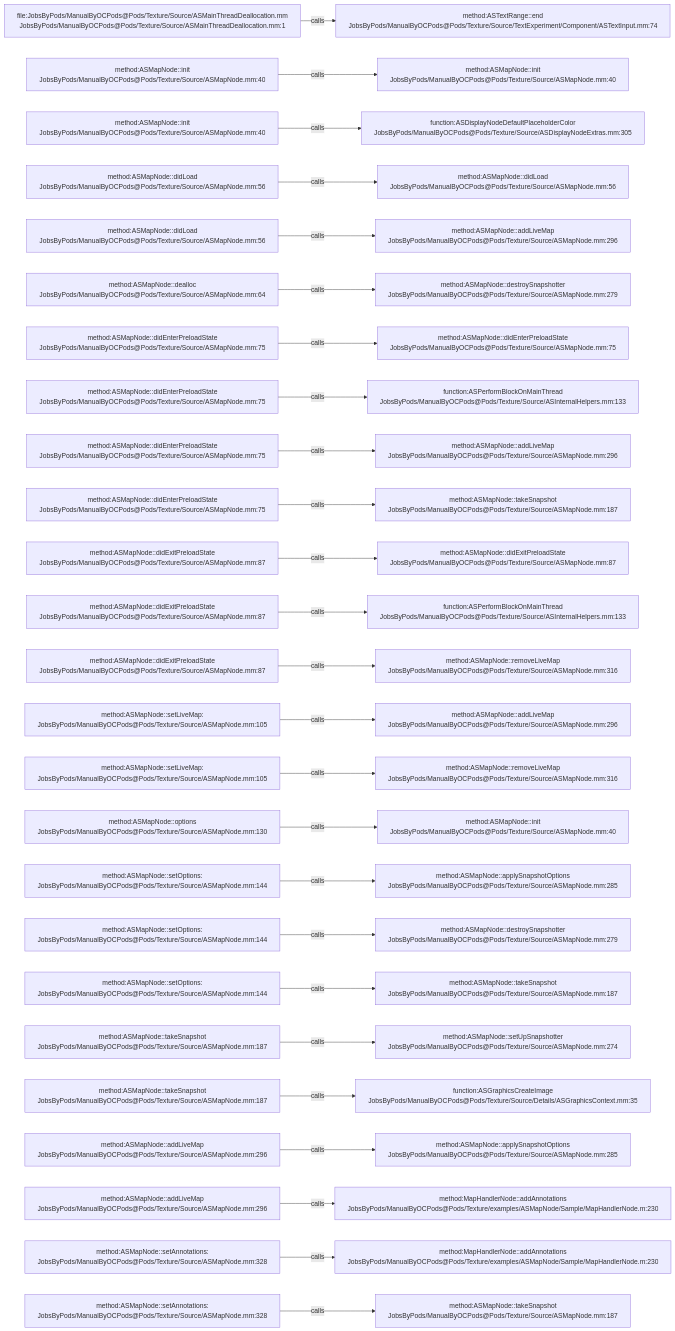
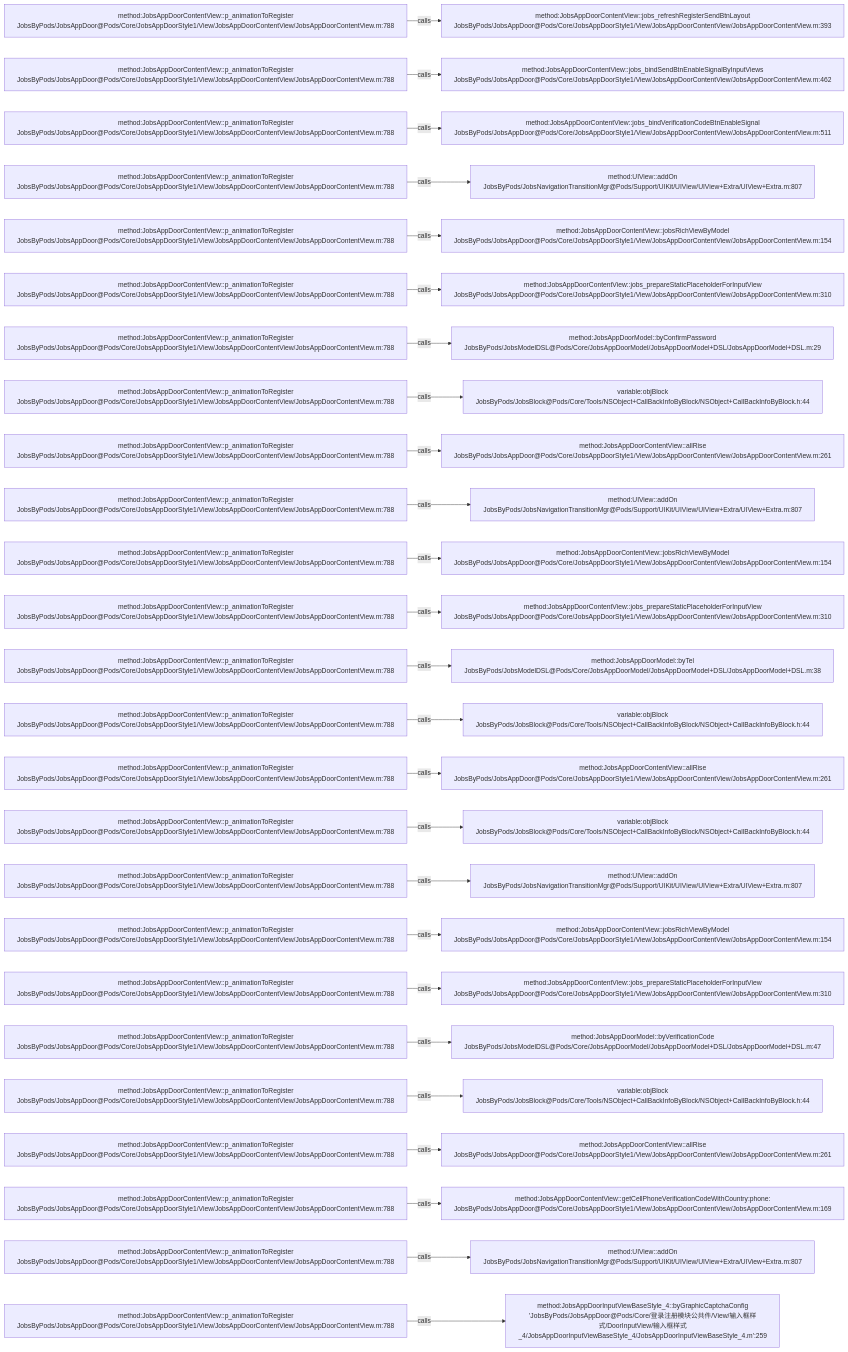
The diagram in .codegraph/codegraph.md/graphs/calls-098.md (JobsKits/JobsOCBaseConfigDemo), drawn with Mermaid before and after one commit. The commit also changed 768 other files, not shown here.

````diff
--- a/.codegraph/codegraph.md/graphs/calls-098.md
+++ b/.codegraph/codegraph.md/graphs/calls-098.md
@@ -13,78 +13,78 @@
 ```mermaid
 flowchart LR
-  S1["file:JobsByPods/ManualByOCPods@Pods/Texture/Source/ASMainThreadDeallocation.mm<br/>JobsByPods/ManualByOCPods@Pods/Texture/Source/ASMainThreadDeallocation.mm:1"]
-  T1["method:ASTextRange::end<br/>JobsByPods/ManualByOCPods@Pods/Texture/Source/TextExperiment/Component/ASTextInput.mm:74"]
+  S1["method:JobsAppDoorContentView::p_animationToRegister<br/>JobsByPods/JobsAppDoor@Pods/Core/JobsAppDoorStyle1/View/JobsAppDoorContentView/JobsAppDoorContentView.m:788"]
+  T1["method:JobsAppDoorContentView::jobs_refreshRegisterSendBtnLayout<br/>JobsByPods/JobsAppDoor@Pods/Core/JobsAppDoorStyle1/View/JobsAppDoorContentView/JobsAppDoorContentView.m:393"]
   S1 -->|calls| T1
-  S2["method:ASMapNode::init<br/>JobsByPods/ManualByOCPods@Pods/Texture/Source/ASMapNode.mm:40"]
-  T2["method:ASMapNode::init<br/>JobsByPods/ManualByOCPods@Pods/Texture/Source/ASMapNode.mm:40"]
+  S2["method:JobsAppDoorContentView::p_animationToRegister<br/>JobsByPods/JobsAppDoor@Pods/Core/JobsAppDoorStyle1/View/JobsAppDoorContentView/JobsAppDoorContentView.m:788"]
+  T2["method:JobsAppDoorContentView::jobs_bindSendBtnEnableSignalByInputViews<br/>JobsByPods/JobsAppDoor@Pods/Core/JobsAppDoorStyle1/View/JobsAppDoorContentView/JobsAppDoorContentView.m:462"]
   S2 -->|calls| T2
-  S3["method:ASMapNode::init<br/>JobsByPods/ManualByOCPods@Pods/Texture/Source/ASMapNode.mm:40"]
-  T3["function:ASDisplayNodeDefaultPlaceholderColor<br/>JobsByPods/ManualByOCPods@Pods/Texture/Source/ASDisplayNodeExtras.mm:305"]
+  S3["method:JobsAppDoorContentView::p_animationToRegister<br/>JobsByPods/JobsAppDoor@Pods/Core/JobsAppDoorStyle1/View/JobsAppDoorContentView/JobsAppDoorContentView.m:788"]
+  T3["method:JobsAppDoorContentView::jobs_bindVerificationCodeBtnEnableSignal<br/>JobsByPods/JobsAppDoor@Pods/Core/JobsAppDoorStyle1/View/JobsAppDoorContentView/JobsAppDoorContentView.m:511"]
   S3 -->|calls| T3
-  S4["method:ASMapNode::didLoad<br/>JobsByPods/ManualByOCPods@Pods/Texture/Source/ASMapNode.mm:56"]
-  T4["method:ASMapNode::didLoad<br/>JobsByPods/ManualByOCPods@Pods/Texture/Source/ASMapNode.mm:56"]
+  S4["method:JobsAppDoorContentView::p_animationToRegister<br/>JobsByPods/JobsAppDoor@Pods/Core/JobsAppDoorStyle1/View/JobsAppDoorContentView/JobsAppDoorContentView.m:788"]
+  T4["method:UIView::addOn<br/>JobsByPods/JobsNavigationTransitionMgr@Pods/Support/UIKit/UIView/UIView+Extra/UIView+Extra.m:807"]
   S4 -->|calls| T4
-  S5["method:ASMapNode::didLoad<br/>JobsByPods/ManualByOCPods@Pods/Texture/Source/ASMapNode.mm:56"]
-  T5["method:ASMapNode::addLiveMap<br/>JobsByPods/ManualByOCPods@Pods/Texture/Source/ASMapNode.mm:296"]
+  S5["method:JobsAppDoorContentView::p_animationToRegister<br/>JobsByPods/JobsAppDoor@Pods/Core/JobsAppDoorStyle1/View/JobsAppDoorContentView/JobsAppDoorContentView.m:788"]
+  T5["method:JobsAppDoorContentView::jobsRichViewByModel<br/>JobsByPods/JobsAppDoor@Pods/Core/JobsAppDoorStyle1/View/JobsAppDoorContentView/JobsAppDoorContentView.m:154"]
   S5 -->|calls| T5
-  S6["method:ASMapNode::dealloc<br/>JobsByPods/ManualByOCPods@Pods/Texture/Source/ASMapNode.mm:64"]
-  T6["method:ASMapNode::destroySnapshotter<br/>JobsByPods/ManualByOCPods@Pods/Texture/Source/ASMapNode.mm:279"]
+  S6["method:JobsAppDoorContentView::p_animationToRegister<br/>JobsByPods/JobsAppDoor@Pods/Core/JobsAppDoorStyle1/View/JobsAppDoorContentView/JobsAppDoorContentView.m:788"]
+  T6["method:JobsAppDoorContentView::jobs_prepareStaticPlaceholderForInputView<br/>JobsByPods/JobsAppDoor@Pods/Core/JobsAppDoorStyle1/View/JobsAppDoorContentView/JobsAppDoorContentView.m:310"]
   S6 -->|calls| T6
-  S7["method:ASMapNode::didEnterPreloadState<br/>JobsByPods/ManualByOCPods@Pods/Texture/Source/ASMapNode.mm:75"]
-  T7["method:ASMapNode::didEnterPreloadState<br/>JobsByPods/ManualByOCPods@Pods/Texture/Source/ASMapNode.mm:75"]
+  S7["method:JobsAppDoorContentView::p_animationToRegister<br/>JobsByPods/JobsAppDoor@Pods/Core/JobsAppDoorStyle1/View/JobsAppDoorContentView/JobsAppDoorContentView.m:788"]
+  T7["method:JobsAppDoorModel::byConfirmPassword<br/>JobsByPods/JobsModelDSL@Pods/Core/JobsAppDoorModel/JobsAppDoorModel+DSL/JobsAppDoorModel+DSL.m:29"]
   S7 -->|calls| T7
-  S8["method:ASMapNode::didEnterPreloadState<br/>JobsByPods/ManualByOCPods@Pods/Texture/Source/ASMapNode.mm:75"]
-  T8["function:ASPerformBlockOnMainThread<br/>JobsByPods/ManualByOCPods@Pods/Texture/Source/ASInternalHelpers.mm:133"]
+  S8["method:JobsAppDoorContentView::p_animationToRegister<br/>JobsByPods/JobsAppDoor@Pods/Core/JobsAppDoorStyle1/View/JobsAppDoorContentView/JobsAppDoorContentView.m:788"]
+  T8["variable:objBlock<br/>JobsByPods/JobsBlock@Pods/Core/Tools/NSObject+CallBackInfoByBlock/NSObject+CallBackInfoByBlock.h:44"]
   S8 -->|calls| T8
-  S9["method:ASMapNode::didEnterPreloadState<br/>JobsByPods/ManualByOCPods@Pods/Texture/Source/ASMapNode.mm:75"]
-  T9["method:ASMapNode::addLiveMap<br/>JobsByPods/ManualByOCPods@Pods/Texture/Source/ASMapNode.mm:296"]
+  S9["method:JobsAppDoorContentView::p_animationToRegister<br/>JobsByPods/JobsAppDoor@Pods/Core/JobsAppDoorStyle1/View/JobsAppDoorContentView/JobsAppDoorContentView.m:788"]
+  T9["method:JobsAppDoorContentView::allRise<br/>JobsByPods/JobsAppDoor@Pods/Core/JobsAppDoorStyle1/View/JobsAppDoorContentView/JobsAppDoorContentView.m:261"]
   S9 -->|calls| T9
-  S10["method:ASMapNode::didEnterPreloadState<br/>JobsByPods/ManualByOCPods@Pods/Texture/Source/ASMapNode.mm:75"]
-  T10["method:ASMapNode::takeSnapshot<br/>JobsByPods/ManualByOCPods@Pods/Texture/Source/ASMapNode.mm:187"]
+  S10["method:JobsAppDoorContentView::p_animationToRegister<br/>JobsByPods/JobsAppDoor@Pods/Core/JobsAppDoorStyle1/View/JobsAppDoorContentView/JobsAppDoorContentView.m:788"]
+  T10["method:UIView::addOn<br/>JobsByPods/JobsNavigationTransitionMgr@Pods/Support/UIKit/UIView/UIView+Extra/UIView+Extra.m:807"]
   S10 -->|calls| T10
-  S11["method:ASMapNode::didExitPreloadState<br/>JobsByPods/ManualByOCPods@Pods/Texture/Source/ASMapNode.mm:87"]
-  T11["method:ASMapNode::didExitPreloadState<br/>JobsByPods/ManualByOCPods@Pods/Texture/Source/ASMapNode.mm:87"]
+  S11["method:JobsAppDoorContentView::p_animationToRegister<br/>JobsByPods/JobsAppDoor@Pods/Core/JobsAppDoorStyle1/View/JobsAppDoorContentView/JobsAppDoorContentView.m:788"]
+  T11["method:JobsAppDoorContentView::jobsRichViewByModel<br/>JobsByPods/JobsAppDoor@Pods/Core/JobsAppDoorStyle1/View/JobsAppDoorContentView/JobsAppDoorContentView.m:154"]
   S11 -->|calls| T11
-  S12["method:ASMapNode::didExitPreloadState<br/>JobsByPods/ManualByOCPods@Pods/Texture/Source/ASMapNode.mm:87"]
-  T12["function:ASPerformBlockOnMainThread<br/>JobsByPods/ManualByOCPods@Pods/Texture/Source/ASInternalHelpers.mm:133"]
+  S12["method:JobsAppDoorContentView::p_animationToRegister<br/>JobsByPods/JobsAppDoor@Pods/Core/JobsAppDoorStyle1/View/JobsAppDoorContentView/JobsAppDoorContentView.m:788"]
+  T12["method:JobsAppDoorContentView::jobs_prepareStaticPlaceholderForInputView<br/>JobsByPods/JobsAppDoor@Pods/Core/JobsAppDoorStyle1/View/JobsAppDoorContentView/JobsAppDoorContentView.m:310"]
   S12 -->|calls| T12
-  S13["method:ASMapNode::didExitPreloadState<br/>JobsByPods/ManualByOCPods@Pods/Texture/Source/ASMapNode.mm:87"]
-  T13["method:ASMapNode::removeLiveMap<br/>JobsByPods/ManualByOCPods@Pods/Texture/Source/ASMapNode.mm:316"]
+  S13["method:JobsAppDoorContentView::p_animationToRegister<br/>JobsByPods/JobsAppDoor@Pods/Core/JobsAppDoorStyle1/View/JobsAppDoorContentView/JobsAppDoorContentView.m:788"]
+  T13["method:JobsAppDoorModel::byTel<br/>JobsByPods/JobsModelDSL@Pods/Core/JobsAppDoorModel/JobsAppDoorModel+DSL/JobsAppDoorModel+DSL.m:38"]
   S13 -->|calls| T13
-  S14["method:ASMapNode::setLiveMap:<br/>JobsByPods/ManualByOCPods@Pods/Texture/Source/ASMapNode.mm:105"]
-  T14["method:ASMapNode::addLiveMap<br/>JobsByPods/ManualByOCPods@Pods/Texture/Source/ASMapNode.mm:296"]
+  S14["method:JobsAppDoorContentView::p_animationToRegister<br/>JobsByPods/JobsAppDoor@Pods/Core/JobsAppDoorStyle1/View/JobsAppDoorContentView/JobsAppDoorContentView.m:788"]
+  T14["variable:objBlock<br/>JobsByPods/JobsBlock@Pods/Core/Tools/NSObject+CallBackInfoByBlock/NSObject+CallBackInfoByBlock.h:44"]
   S14 -->|calls| T14
-  S15["method:ASMapNode::setLiveMap:<br/>JobsByPods/ManualByOCPods@Pods/Texture/Source/ASMapNode.mm:105"]
-  T15["method:ASMapNode::removeLiveMap<br/>JobsByPods/ManualByOCPods@Pods/Texture/Source/ASMapNode.mm:316"]
+  S15["method:JobsAppDoorContentView::p_animationToRegister<br/>JobsByPods/JobsAppDoor@Pods/Core/JobsAppDoorStyle1/View/JobsAppDoorContentView/JobsAppDoorContentView.m:788"]
+  T15["method:JobsAppDoorContentView::allRise<br/>JobsByPods/JobsAppDoor@Pods/Core/JobsAppDoorStyle1/View/JobsAppDoorContentView/JobsAppDoorContentView.m:261"]
   S15 -->|calls| T15
-  S16["method:ASMapNode::options<br/>JobsByPods/ManualByOCPods@Pods/Texture/Source/ASMapNode.mm:130"]
-  T16["method:ASMapNode::init<br/>JobsByPods/ManualByOCPods@Pods/Texture/Source/ASMapNode.mm:40"]
+  S16["method:JobsAppDoorContentView::p_animationToRegister<br/>JobsByPods/JobsAppDoor@Pods/Core/JobsAppDoorStyle1/View/JobsAppDoorContentView/JobsAppDoorContentView.m:788"]
+  T16["variable:objBlock<br/>JobsByPods/JobsBlock@Pods/Core/Tools/NSObject+CallBackInfoByBlock/NSObject+CallBackInfoByBlock.h:44"]
   S16 -->|calls| T16
-  S17["method:ASMapNode::setOptions:<br/>JobsByPods/ManualByOCPods@Pods/Texture/Source/ASMapNode.mm:144"]
-  T17["method:ASMapNode::applySnapshotOptions<br/>JobsByPods/ManualByOCPods@Pods/Texture/Source/ASMapNode.mm:285"]
+  S17["method:JobsAppDoorContentView::p_animationToRegister<br/>JobsByPods/JobsAppDoor@Pods/Core/JobsAppDoorStyle1/View/JobsAppDoorContentView/JobsAppDoorContentView.m:788"]
+  T17["method:UIView::addOn<br/>JobsByPods/JobsNavigationTransitionMgr@Pods/Support/UIKit/UIView/UIView+Extra/UIView+Extra.m:807"]
   S17 -->|calls| T17
-  S18["method:ASMapNode::setOptions:<br/>JobsByPods/ManualByOCPods@Pods/Texture/Source/ASMapNode.mm:144"]
-  T18["method:ASMapNode::destroySnapshotter<br/>JobsByPods/ManualByOCPods@Pods/Texture/Source/ASMapNode.mm:279"]
+  S18["method:JobsAppDoorContentView::p_animationToRegister<br/>JobsByPods/JobsAppDoor@Pods/Core/JobsAppDoorStyle1/View/JobsAppDoorContentView/JobsAppDoorContentView.m:788"]
+  T18["method:JobsAppDoorContentView::jobsRichViewByModel<br/>JobsByPods/JobsAppDoor@Pods/Core/JobsAppDoorStyle1/View/JobsAppDoorContentView/JobsAppDoorContentView.m:154"]
   S18 -->|calls| T18
-  S19["method:ASMapNode::setOptions:<br/>JobsByPods/ManualByOCPods@Pods/Texture/Source/ASMapNode.mm:144"]
-  T19["method:ASMapNode::takeSnapshot<br/>JobsByPods/ManualByOCPods@Pods/Texture/Source/ASMapNode.mm:187"]
+  S19["method:JobsAppDoorContentView::p_animationToRegister<br/>JobsByPods/JobsAppDoor@Pods/Core/JobsAppDoorStyle1/View/JobsAppDoorContentView/JobsAppDoorContentView.m:788"]
+  T19["method:JobsAppDoorContentView::jobs_prepareStaticPlaceholderForInputView<br/>JobsByPods/JobsAppDoor@Pods/Core/JobsAppDoorStyle1/View/JobsAppDoorContentView/JobsAppDoorContentView.m:310"]
   S19 -->|calls| T19
-  S20["method:ASMapNode::takeSnapshot<br/>JobsByPods/ManualByOCPods@Pods/Texture/Source/ASMapNode.mm:187"]
-  T20["method:ASMapNode::setUpSnapshotter<br/>JobsByPods/ManualByOCPods@Pods/Texture/Source/ASMapNode.mm:274"]
+  S20["method:JobsAppDoorContentView::p_animationToRegister<br/>JobsByPods/JobsAppDoor@Pods/Core/JobsAppDoorStyle1/View/JobsAppDoorContentView/JobsAppDoorContentView.m:788"]
+  T20["method:JobsAppDoorModel::byVerificationCode<br/>JobsByPods/JobsModelDSL@Pods/Core/JobsAppDoorModel/JobsAppDoorModel+DSL/JobsAppDoorModel+DSL.m:47"]
   S20 -->|calls| T20
-  S21["method:ASMapNode::takeSnapshot<br/>JobsByPods/ManualByOCPods@Pods/Texture/Source/ASMapNode.mm:187"]
-  T21["function:ASGraphicsCreateImage<br/>JobsByPods/ManualByOCPods@Pods/Texture/Source/Details/ASGraphicsContext.mm:35"]
+  S21["method:JobsAppDoorContentView::p_animationToRegister<br/>JobsByPods/JobsAppDoor@Pods/Core/JobsAppDoorStyle1/View/JobsAppDoorContentView/JobsAppDoorContentView.m:788"]
+  T21["variable:objBlock<br/>JobsByPods/JobsBlock@Pods/Core/Tools/NSObject+CallBackInfoByBlock/NSObject+CallBackInfoByBlock.h:44"]
   S21 -->|calls| T21
-  S22["method:ASMapNode::addLiveMap<br/>JobsByPods/ManualByOCPods@Pods/Texture/Source/ASMapNode.mm:296"]
-  T22["method:ASMapNode::applySnapshotOptions<br/>JobsByPods/ManualByOCPods@Pods/Texture/Source/ASMapNode.mm:285"]
+  S22["method:JobsAppDoorContentView::p_animationToRegister<br/>JobsByPods/JobsAppDoor@Pods/Core/JobsAppDoorStyle1/View/JobsAppDoorContentView/JobsAppDoorContentView.m:788"]
+  T22["method:JobsAppDoorContentView::allRise<br/>JobsByPods/JobsAppDoor@Pods/Core/JobsAppDoorStyle1/View/JobsAppDoorContentView/JobsAppDoorContentView.m:261"]
   S22 -->|calls| T22
-  S23["method:ASMapNode::addLiveMap<br/>JobsByPods/ManualByOCPods@Pods/Texture/Source/ASMapNode.mm:296"]
-  T23["method:MapHandlerNode::addAnnotations<br/>JobsByPods/ManualByOCPods@Pods/Texture/examples/ASMapNode/Sample/MapHandlerNode.m:230"]
+  S23["method:JobsAppDoorContentView::p_animationToRegister<br/>JobsByPods/JobsAppDoor@Pods/Core/JobsAppDoorStyle1/View/JobsAppDoorContentView/JobsAppDoorContentView.m:788"]
+  T23["method:JobsAppDoorContentView::getCellPhoneVerificationCodeWithCountry:phone:<br/>JobsByPods/JobsAppDoor@Pods/Core/JobsAppDoorStyle1/View/JobsAppDoorContentView/JobsAppDoorContentView.m:169"]
   S23 -->|calls| T23
-  S24["method:ASMapNode::setAnnotations:<br/>JobsByPods/ManualByOCPods@Pods/Texture/Source/ASMapNode.mm:328"]
-  T24["method:MapHandlerNode::addAnnotations<br/>JobsByPods/ManualByOCPods@Pods/Texture/examples/ASMapNode/Sample/MapHandlerNode.m:230"]
+  S24["method:JobsAppDoorContentView::p_animationToRegister<br/>JobsByPods/JobsAppDoor@Pods/Core/JobsAppDoorStyle1/View/JobsAppDoorContentView/JobsAppDoorContentView.m:788"]
+  T24["method:UIView::addOn<br/>JobsByPods/JobsNavigationTransitionMgr@Pods/Support/UIKit/UIView/UIView+Extra/UIView+Extra.m:807"]
   S24 -->|calls| T24
-  S25["method:ASMapNode::setAnnotations:<br/>JobsByPods/ManualByOCPods@Pods/Texture/Source/ASMapNode.mm:328"]
-  T25["method:ASMapNode::takeSnapshot<br/>JobsByPods/ManualByOCPods@Pods/Texture/Source/ASMapNode.mm:187"]
+  S25["method:JobsAppDoorContentView::p_animationToRegister<br/>JobsByPods/JobsAppDoor@Pods/Core/JobsAppDoorStyle1/View/JobsAppDoorContentView/JobsAppDoorContentView.m:788"]
+  T25["method:JobsAppDoorInputViewBaseStyle_4::byGraphicCaptchaConfig<br/>'JobsByPods/JobsAppDoor@Pods/Core/登录注册模块公共件/View/输入框样式/DoorInputView/输入框样式_4/JobsAppDoorInputViewBaseStyle_4/JobsAppDoorInputViewBaseStyle_4.m':259"]
   S25 -->|calls| T25
 ```
````
